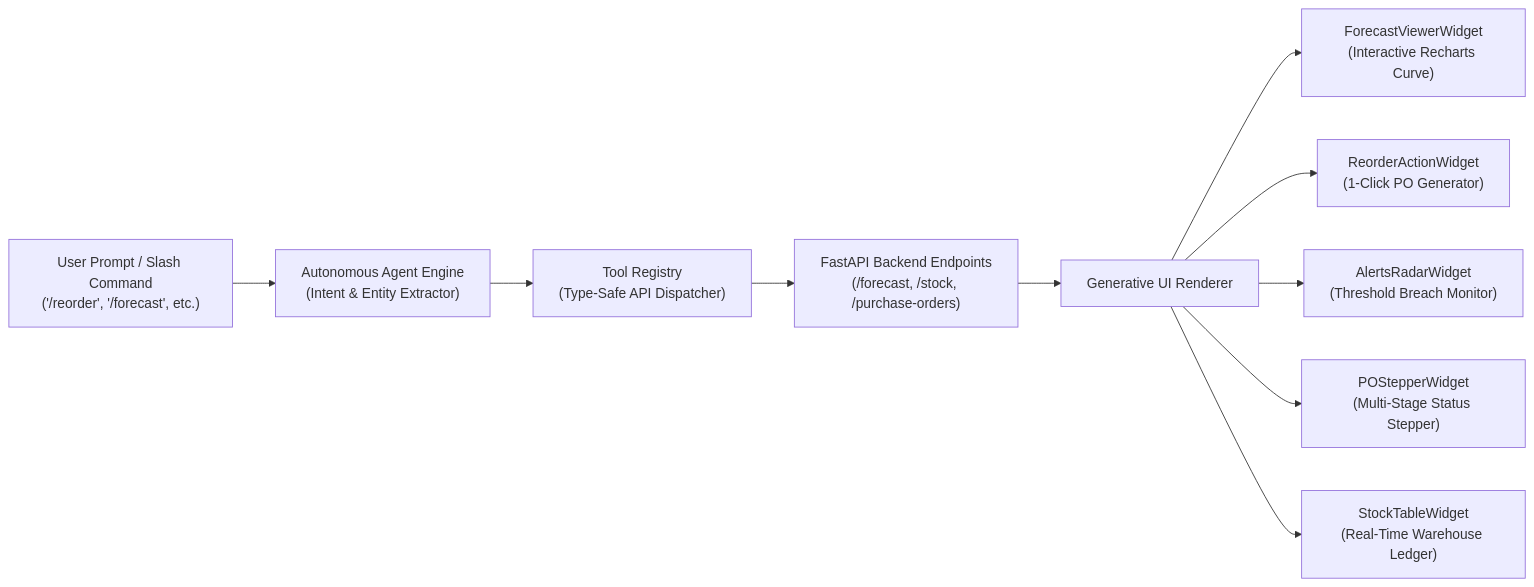
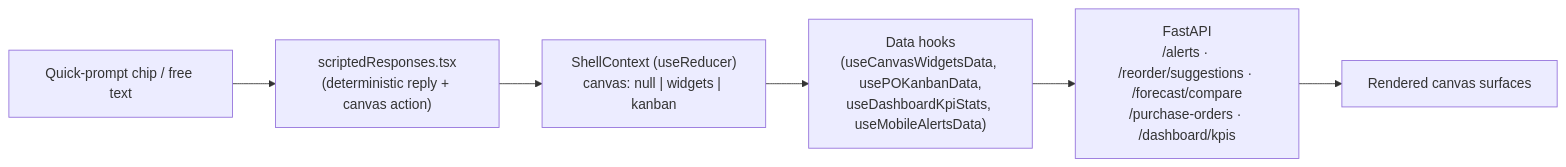
The first of 5 diagrams in README.md (taherali181/Inventory-Demand-Forecasting), drawn with Mermaid before and after one commit. The commit also changed other lines of this file and 92 other files, not shown here.

````diff
--- a/README.md
+++ b/README.md
@@ -171,12 +179,8 @@
 ```mermaid
 flowchart LR
-    UserPrompt["User Prompt / Slash Command\n('/reorder', '/forecast', etc.)"] --> AgentEngine["Autonomous Agent Engine\n(Intent & Entity Extractor)"]
-    AgentEngine --> ToolRegistry["Tool Registry\n(Type-Safe API Dispatcher)"]
-    ToolRegistry --> FastAPI["FastAPI Backend Endpoints\n(/forecast, /stock, /purchase-orders)"]
-    FastAPI --> WidgetRenderer["Generative UI Renderer"]
-    WidgetRenderer --> Widget1["ForecastViewerWidget\n(Interactive Recharts Curve)"]
-    WidgetRenderer --> Widget2["ReorderActionWidget\n(1-Click PO Generator)"]
-    WidgetRenderer --> Widget3["AlertsRadarWidget\n(Threshold Breach Monitor)"]
-    WidgetRenderer --> Widget4["POStepperWidget\n(Multi-Stage Status Stepper)"]
-    WidgetRenderer --> Widget5["StockTableWidget\n(Real-Time Warehouse Ledger)"]
+    Prompt["Quick-prompt chip / free text"] --> Script["scriptedResponses.tsx\n(deterministic reply + canvas action)"]
+    Script --> Shell["ShellContext (useReducer)\ncanvas: null | widgets | kanban"]
+    Shell --> Hooks["Data hooks\n(useCanvasWidgetsData, usePOKanbanData,\nuseDashboardKpiStats, useMobileAlertsData)"]
+    Hooks --> API["FastAPI\n/alerts · /reorder/suggestions · /forecast/compare\n/purchase-orders · /dashboard/kpis"]
+    API --> Canvas["Rendered canvas surfaces"]
 ```
````
